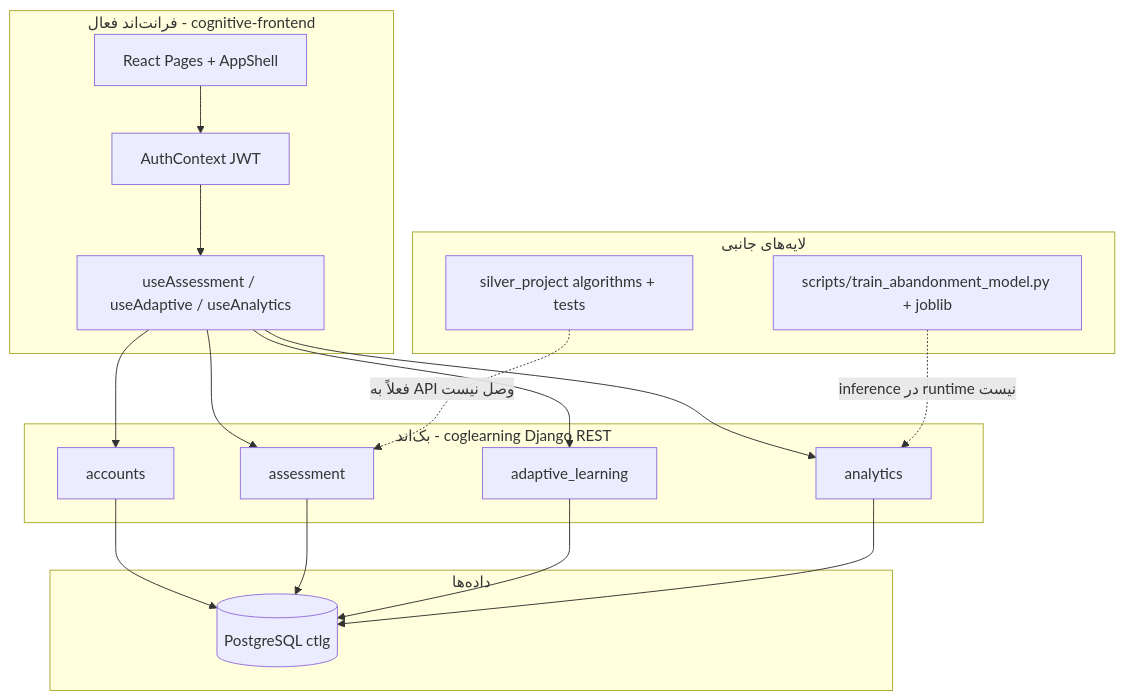
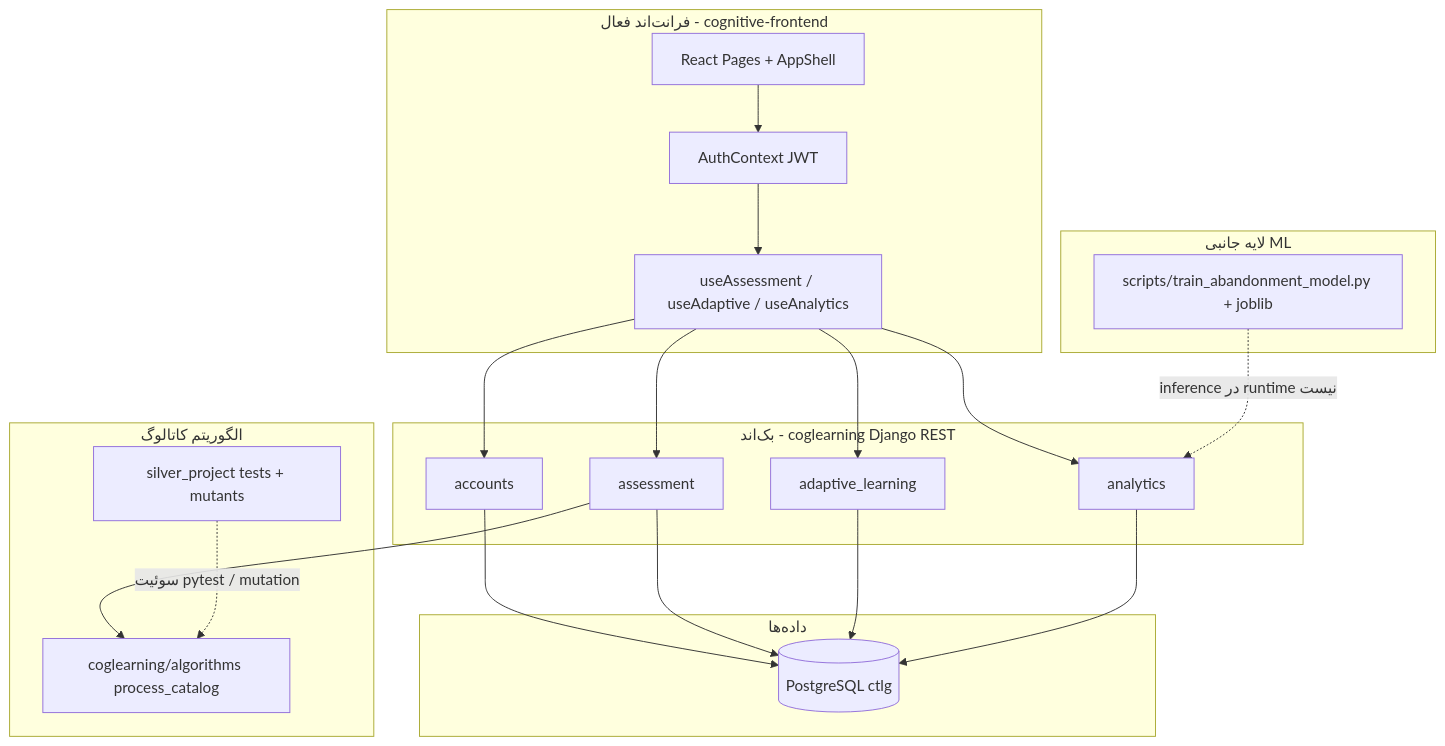
The first of 13 diagrams in docs/thesis/03_CHAPTER3_FA.md (rozhrafiee/ctlg), drawn with Mermaid before and after one commit. The commit also changed other lines of this file and 24 other files, not shown here.

````diff
--- a/docs/thesis/03_CHAPTER3_FA.md
+++ b/docs/thesis/03_CHAPTER3_FA.md
@@ -57,29 +57,34 @@
 ```mermaid
 flowchart TB
   subgraph Client["فرانت‌اند فعال - cognitive-frontend"]
     UI[React Pages + AppShell]
     AuthCtx[AuthContext JWT]
     Hooks[useAssessment / useAdaptive / useAnalytics]
   end
 
   subgraph API["بک‌اند - coglearning Django REST"]
     Acc[accounts]
     Asmt[assessment]
     Adp[adaptive_learning]
     Anl[analytics]
   end
 
   subgraph Data["داده‌ها"]
     PG[(PostgreSQL ctlg)]
   end
 
-  subgraph Side["لایه‌های جانبی"]
-    SIL[silver_project algorithms + tests]
+  subgraph Algos["الگوریتم کاتالوگ"]
+    ALG[coglearning/algorithms process_catalog]
+    SIL[silver_project tests + mutants]
+  end
+
+  subgraph Side["لایه جانبی ML"]
     ML[scripts/train_abandonment_model.py + joblib]
   end
 
   UI --> AuthCtx --> Hooks --> Acc & Asmt & Adp & Anl
   Acc & Asmt & Adp & Anl --> PG
-  SIL -. "فعلاً به API وصل نیست" .-> Asmt
+  Asmt --> ALG
+  SIL -. "سوئیت pytest / mutation" .-> ALG
   ML -. "inference در runtime نیست" .-> Anl
 ```
````
